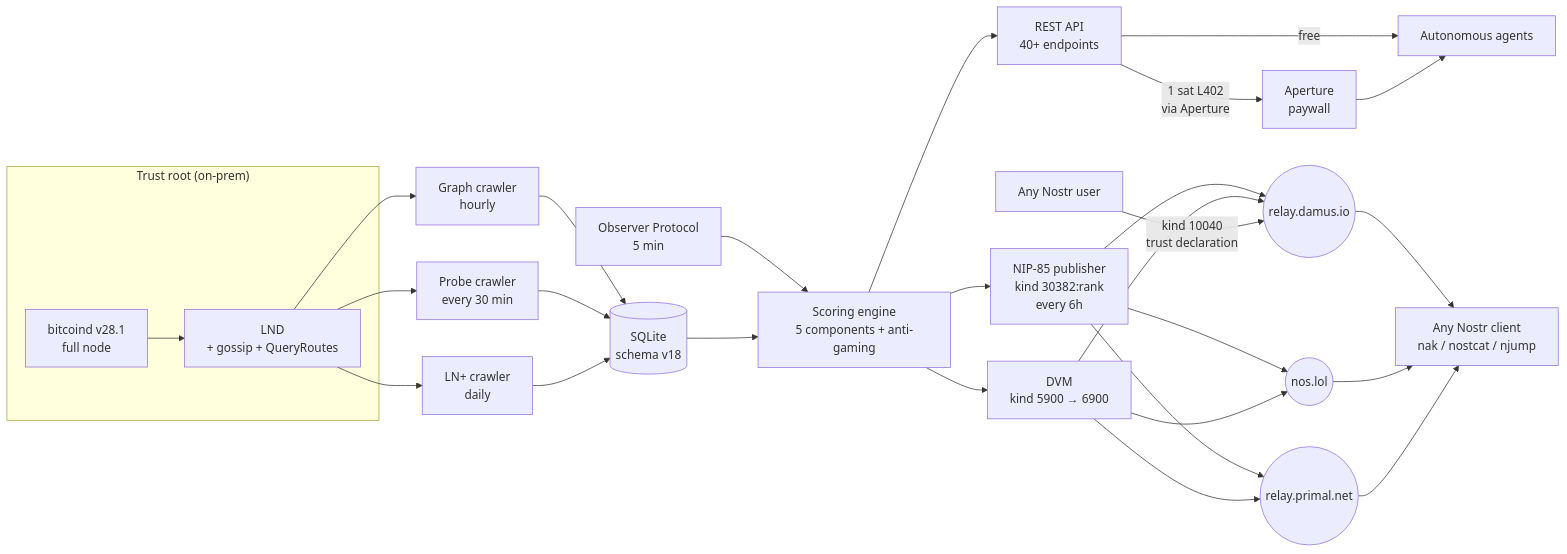
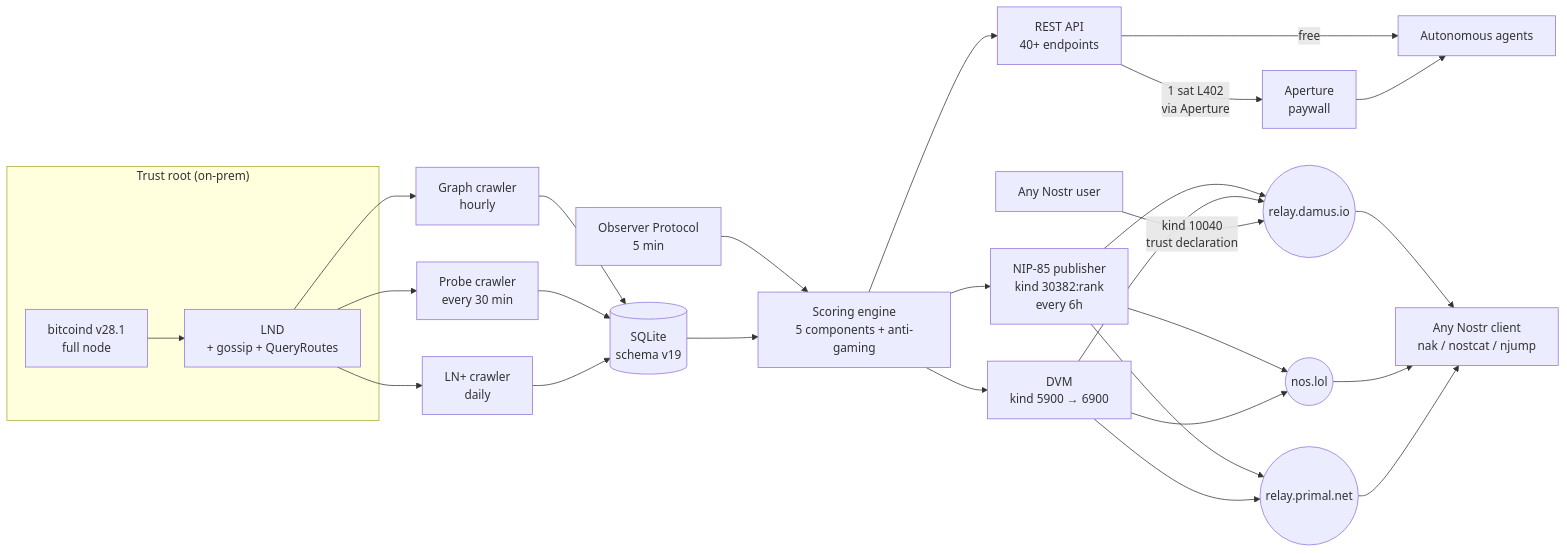
The diagram in README.md (proofoftrust21/satrank), drawn with Mermaid before and after one commit. The commit also changed other lines of this file and 4 other files, not shown here.

````diff
--- a/README.md
+++ b/README.md
@@ -34,38 +34,38 @@
 ```mermaid
 flowchart LR
   subgraph Trust_Root["Trust root (on-prem)"]
     BTC[bitcoind v28.1<br/>full node]
     LND[LND<br/>+ gossip + QueryRoutes]
   end
 
   BTC --> LND
   LND --> GC[Graph crawler<br/>hourly]
   LND --> PC[Probe crawler<br/>every 30 min]
   LND --> LP[LN+ crawler<br/>daily]
   OBS[Observer Protocol<br/>5 min] --> SE
 
-  GC --> DB[(SQLite<br/>schema v18)]
+  GC --> DB[(SQLite<br/>schema v19)]
   PC --> DB
   LP --> DB
 
   DB --> SE[Scoring engine<br/>5 components + anti-gaming]
   SE --> API[REST API<br/>40+ endpoints]
   SE --> NP[NIP-85 publisher<br/>kind 30382:rank<br/>every 6h]
   SE --> DVM[DVM<br/>kind 5900 → 6900]
 
   NP --> R1((relay.damus.io))
   NP --> R2((nos.lol))
   NP --> R3((relay.primal.net))
   DVM --> R1
   DVM --> R2
   DVM --> R3
 
   API -->|free| Agents
   API -->|1 sat L402<br/>via Aperture| L402[Aperture<br/>paywall]
   L402 --> Agents[Autonomous agents]
   R1 --> Clients[Any Nostr client<br/>nak / nostcat / njump]
   R2 --> Clients
   R3 --> Clients
 
   User[Any Nostr user] -->|kind 10040<br/>trust declaration| R1
 ```
````
